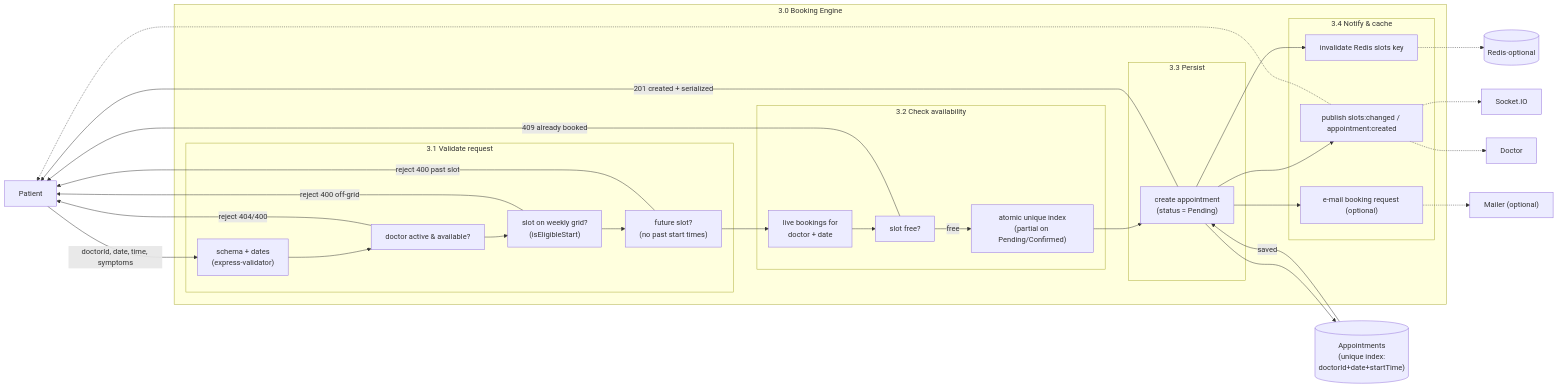
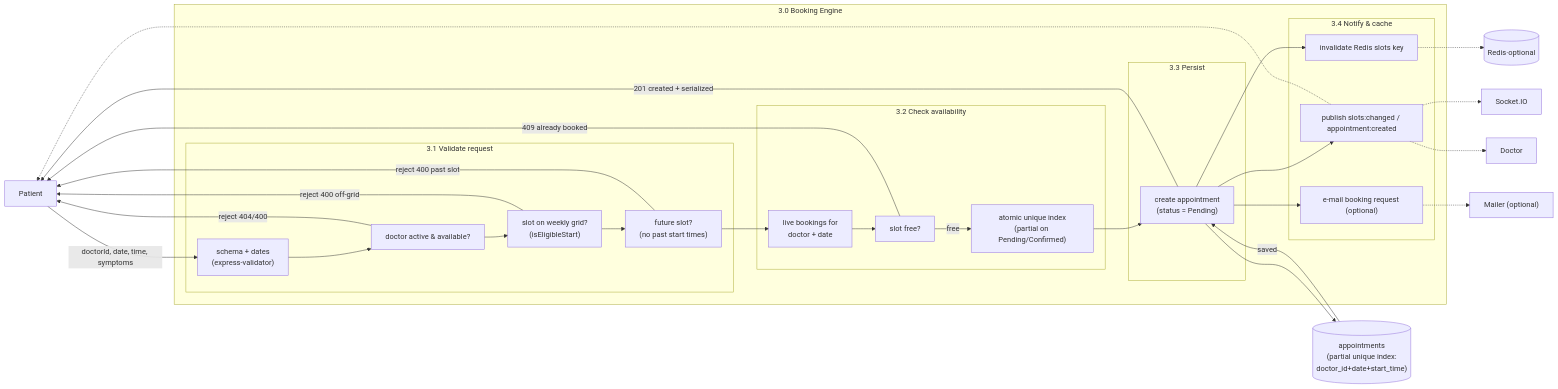
The diagram in docs/dfd-level2-booking.md (Mugetsu-1/Hospital-Booking-System), drawn with Mermaid before and after one commit. The commit also changed other lines of this file and 28 other files, not shown here.

First line of the commit message:
docs: add ACHS lab report, class diagram and UI screenshots

````diff
--- a/docs/dfd-level2-booking.md
+++ b/docs/dfd-level2-booking.md
@@ -6,56 +6,56 @@
 ```mermaid
 flowchart LR
   P["Patient"]
   D["Doctor"]
 
   subgraph eng["3.0 Booking Engine"]
     subgraph a["3.1 Validate request"]
       V1["schema + dates\n(express-validator)"]
       V2["doctor active & available?"]
       V3["slot on weekly grid?\n(isEligibleStart)"]
       V4["future slot?\n(no past start times)"]
     end
     subgraph b["3.2 Check availability"]
       C1["live bookings for\ndoctor + date"]
       C2["slot free?"]
       C3["atomic unique index\n(partial on Pending/Confirmed)"]
     end
     subgraph c["3.3 Persist"]
       S1["create appointment\n(status = Pending)"]
     end
     subgraph d["3.4 Notify & cache"]
       N1["invalidate Redis slots key"]
       N2["publish slots:changed / appointment:created"]
       N3["e-mail booking request (optional)"]
     end
   end
 
-  DB[("Appointments\n(unique index:\ndoctorId+date+startTime)")]
+  DB[("appointments\n(partial unique index:\ndoctor_id+date+start_time)")]
   C[(Redis·optional)]
   RT["Socket.IO"]
   MX["Mailer (optional)"]
 
   P -->|"doctorId, date, time, symptoms"| V1
   V1 --> V2
   V2 -->|"reject 404/400"| P
   V2 --> V3
   V3 -->|"reject 400 off-grid"| P
   V3 --> V4
   V4 -->|"reject 400 past slot"| P
   V4 --> C1
   C1 --> C2
   C2 -->|"409 already booked"| P
   C2 -->|"free"| C3
   C3 --> S1
   S1 --> DB
   DB -->|"saved"| S1
   S1 --> N1
   N1 -.-> C
   S1 --> N2
   N2 -.-> RT
   N2 -.-> D
   N2 -.-> P
   S1 --> N3
   N3 -.-> MX
   S1 -->|"201 created + serialized"| P
 ```
````
